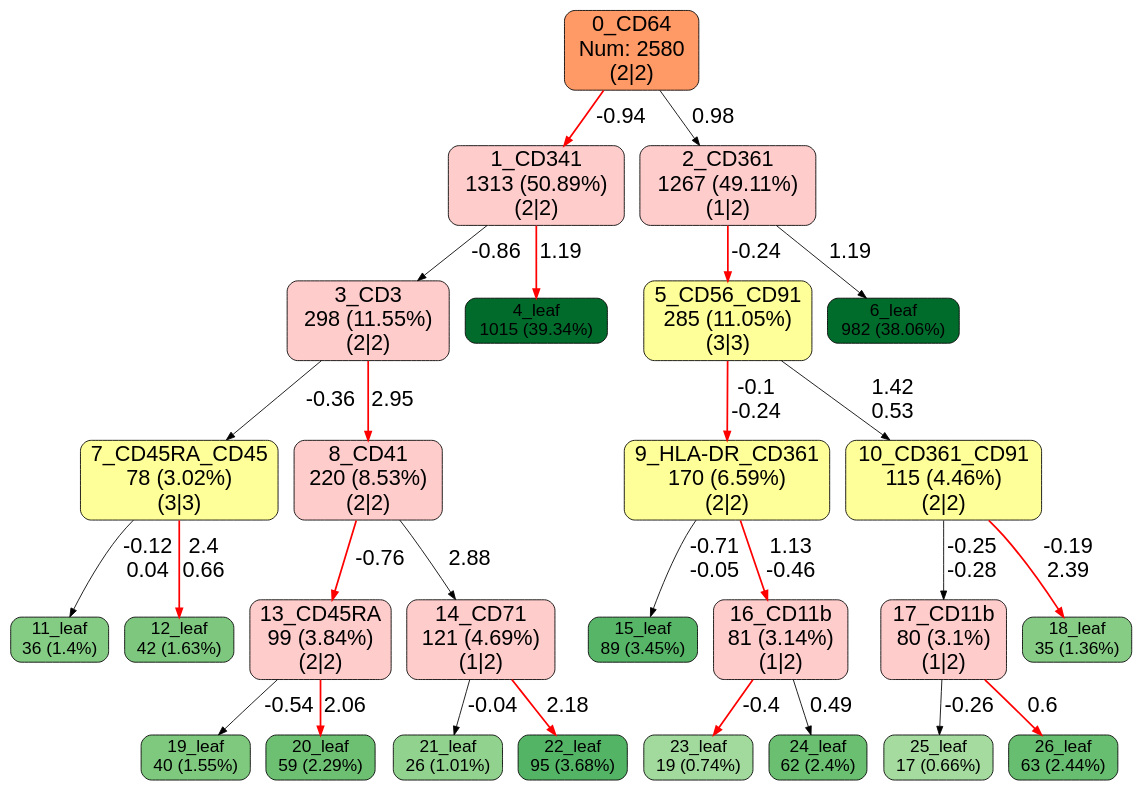
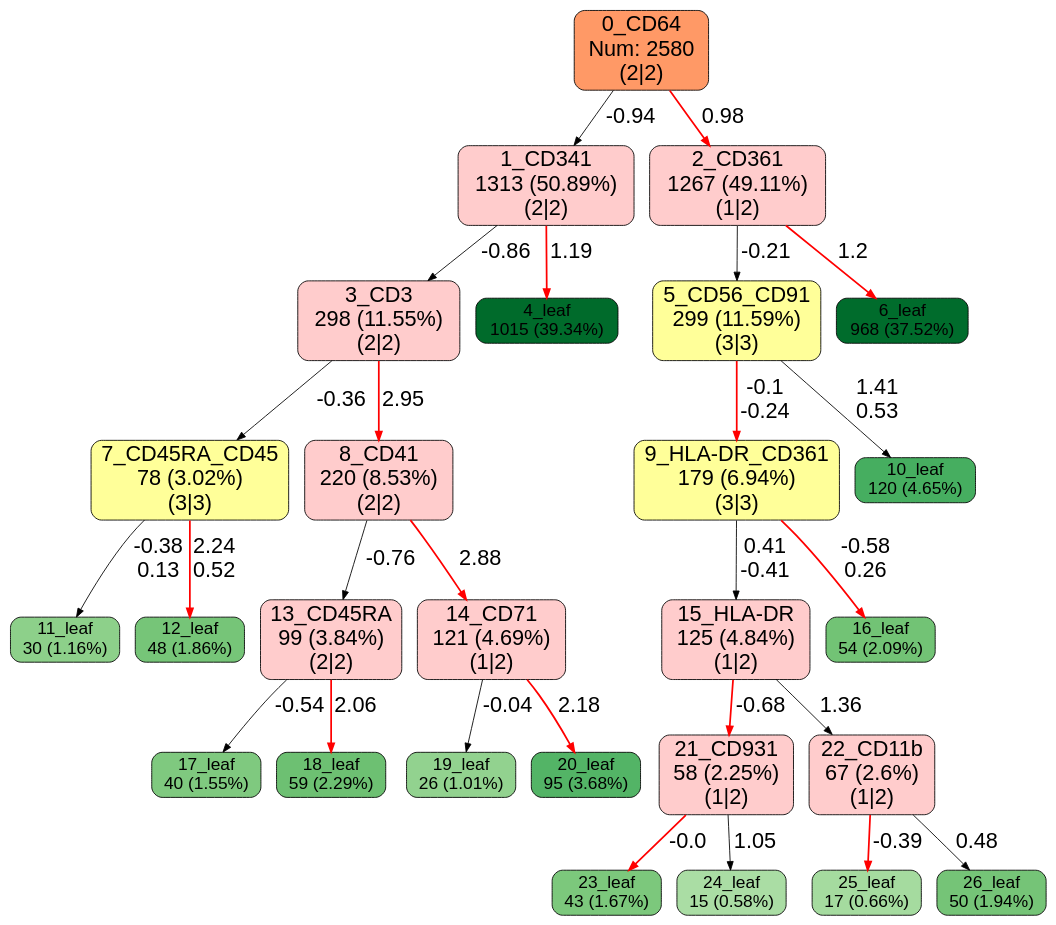
One commit to QiuyuLian/CITE-sort changed the diagram in CITEsort_out/tree.dot. Above: the diagram before and after it, drawn with Graphviz. The commit also changed 5 other files, not shown here.

```diff
--- a/CITEsort_out/tree.dot
+++ b/CITEsort_out/tree.dot
@@ -1,35 +1,33 @@
 digraph Tree {node [shape=box, style="filled, rounded", color="black", fontname=helvetica] ;edge [fontname=helvetica] ;0 [label="0_CD64\nNum: 2580\n(2|2)",fillcolor="#ff9966ff",fontsize=25];1 [label="1_CD341\n1313 (50.89%)\n(2|2)",fillcolor="#ffccccff",fontsize=25];0 -> 1 [labeldistance=3, label = "-0.94
-",fontsize=25, color=red, style=bold];2 [label="2_CD361\n1267 (49.11%)\n(1|2)",fillcolor="#ffccccff",fontsize=25];0 -> 2 [labeldistance=3, label = "0.98
-",fontsize=25, color=black, style=solid];3 [label="3_CD3\n298 (11.55%)\n(2|2)",fillcolor="#ffccccff",fontsize=25];1 -> 3 [labeldistance=3, label = "-0.86
+",fontsize=25, color=black, style=solid];2 [label="2_CD361\n1267 (49.11%)\n(1|2)",fillcolor="#ffccccff",fontsize=25];0 -> 2 [labeldistance=3, label = "0.98
+",fontsize=25, color=red, style=bold];3 [label="3_CD3\n298 (11.55%)\n(2|2)",fillcolor="#ffccccff",fontsize=25];1 -> 3 [labeldistance=3, label = "-0.86
 ",fontsize=25, color=black, style=solid];4 [label="4_leaf\n1015 (39.34%)\n",fillcolor="#006b2b",fontsize=20];1 -> 4 [labeldistance=3, label = "1.19
-",fontsize=25, color=red, style=bold];5 [label="5_CD56_CD91\n285 (11.05%)\n(3|3)",fillcolor="#ffff99ff",fontsize=25];2 -> 5 [labeldistance=3, label = "-0.24
-",fontsize=25, color=red, style=bold];6 [label="6_leaf\n982 (38.06%)\n",fillcolor="#006c2c",fontsize=20];2 -> 6 [labeldistance=3, label = "1.19
-",fontsize=25, color=black, style=solid];7 [label="7_CD45RA_CD45\n78 (3.02%)\n(3|3)",fillcolor="#ffff99ff",fontsize=25];3 -> 7 [labeldistance=3, label = "-0.36
+",fontsize=25, color=red, style=bold];5 [label="5_CD56_CD91\n299 (11.59%)\n(3|3)",fillcolor="#ffff99ff",fontsize=25];2 -> 5 [labeldistance=3, label = "-0.21
+",fontsize=25, color=black, style=solid];6 [label="6_leaf\n968 (37.52%)\n",fillcolor="#006c2c",fontsize=20];2 -> 6 [labeldistance=3, label = "1.2
+",fontsize=25, color=red, style=bold];7 [label="7_CD45RA_CD45\n78 (3.02%)\n(3|3)",fillcolor="#ffff99ff",fontsize=25];3 -> 7 [labeldistance=3, label = "-0.36
 ",fontsize=25, color=black, style=solid];8 [label="8_CD41\n220 (8.53%)\n(2|2)",fillcolor="#ffccccff",fontsize=25];3 -> 8 [labeldistance=3, label = "2.95
-",fontsize=25, color=red, style=bold];9 [label="9_HLA-DR_CD361\n170 (6.59%)\n(2|2)",fillcolor="#ffff99ff",fontsize=25];5 -> 9 [labeldistance=3, label = "-0.1
+",fontsize=25, color=red, style=bold];9 [label="9_HLA-DR_CD361\n179 (6.94%)\n(3|3)",fillcolor="#ffff99ff",fontsize=25];5 -> 9 [labeldistance=3, label = "-0.1
 -0.24
-",fontsize=25, color=red, style=bold];10 [label="10_CD361_CD91\n115 (4.46%)\n(2|2)",fillcolor="#ffff99ff",fontsize=25];5 -> 10 [labeldistance=3, label = "1.42
+",fontsize=25, color=red, style=bold];10 [label="10_leaf\n120 (4.65%)\n",fillcolor="#46ae60",fontsize=20];5 -> 10 [labeldistance=3, label = "1.41
 0.53
-",fontsize=25, color=black, style=solid];11 [label="11_leaf\n36 (1.4%)\n",fillcolor="#84cc83",fontsize=20];7 -> 11 [labeldistance=3, label = "-0.12
-0.04
-",fontsize=25, color=black, style=solid];12 [label="12_leaf\n42 (1.63%)\n",fillcolor="#7dc87e",fontsize=20];7 -> 12 [labeldistance=3, label = "2.4
-0.66
+",fontsize=25, color=black, style=solid];11 [label="11_leaf\n30 (1.16%)\n",fillcolor="#8dd08a",fontsize=20];7 -> 11 [labeldistance=3, label = "-0.38
+0.13
+",fontsize=25, color=black, style=solid];12 [label="12_leaf\n48 (1.86%)\n",fillcolor="#76c578",fontsize=20];7 -> 12 [labeldistance=3, label = "2.24
+0.52
 ",fontsize=25, color=red, style=bold];13 [label="13_CD45RA\n99 (3.84%)\n(2|2)",fillcolor="#ffccccff",fontsize=25];8 -> 13 [labeldistance=3, label = "-0.76
-",fontsize=25, color=red, style=bold];14 [label="14_CD71\n121 (4.69%)\n(1|2)",fillcolor="#ffccccff",fontsize=25];8 -> 14 [labeldistance=3, label = "2.88
-",fontsize=25, color=black, style=solid];15 [label="15_leaf\n89 (3.45%)\n",fillcolor="#56b567",fontsize=20];9 -> 15 [labeldistance=3, label = "-0.71
--0.05
-",fontsize=25, color=black, style=solid];16 [label="16_CD11b\n81 (3.14%)\n(1|2)",fillcolor="#ffccccff",fontsize=25];9 -> 16 [labeldistance=3, label = "1.13
--0.46
-",fontsize=25, color=red, style=bold];17 [label="17_CD11b\n80 (3.1%)\n(1|2)",fillcolor="#ffccccff",fontsize=25];10 -> 17 [labeldistance=3, label = "-0.25
--0.28
-",fontsize=25, color=black, style=solid];18 [label="18_leaf\n35 (1.36%)\n",fillcolor="#86cc85",fontsize=20];10 -> 18 [labeldistance=3, label = "-0.19
-2.39
-",fontsize=25, color=red, style=bold];19 [label="19_leaf\n40 (1.55%)\n",fillcolor="#7fc97f",fontsize=20];13 -> 19 [labeldistance=3, label = "-0.54
-",fontsize=25, color=black, style=solid];20 [label="20_leaf\n59 (2.29%)\n",fillcolor="#6dc072",fontsize=20];13 -> 20 [labeldistance=3, label = "2.06
-",fontsize=25, color=red, style=bold];21 [label="21_leaf\n26 (1.01%)\n",fillcolor="#92d28f",fontsize=20];14 -> 21 [labeldistance=3, label = "-0.04
-",fontsize=25, color=black, style=solid];22 [label="22_leaf\n95 (3.68%)\n",fillcolor="#53b466",fontsize=20];14 -> 22 [labeldistance=3, label = "2.18
-",fontsize=25, color=red, style=bold];23 [label="23_leaf\n19 (0.74%)\n",fillcolor="#a2d99c",fontsize=20];16 -> 23 [labeldistance=3, label = "-0.4
-",fontsize=25, color=red, style=bold];24 [label="24_leaf\n62 (2.4%)\n",fillcolor="#6abf71",fontsize=20];16 -> 24 [labeldistance=3, label = "0.49
-",fontsize=25, color=black, style=solid];25 [label="25_leaf\n17 (0.66%)\n",fillcolor="#a5db9f",fontsize=20];17 -> 25 [labeldistance=3, label = "-0.26
-",fontsize=25, color=black, style=solid];26 [label="26_leaf\n63 (2.44%)\n",fillcolor="#68be70",fontsize=20];17 -> 26 [labeldistance=3, label = "0.6
-",fontsize=25, color=red, style=bold];}
+",fontsize=25, color=black, style=solid];14 [label="14_CD71\n121 (4.69%)\n(1|2)",fillcolor="#ffccccff",fontsize=25];8 -> 14 [labeldistance=3, label = "2.88
+",fontsize=25, color=red, style=bold];15 [label="15_HLA-DR\n125 (4.84%)\n(1|2)",fillcolor="#ffccccff",fontsize=25];9 -> 15 [labeldistance=3, label = "0.41
+-0.41
+",fontsize=25, color=black, style=solid];16 [label="16_leaf\n54 (2.09%)\n",fillcolor="#72c375",fontsize=20];9 -> 16 [labeldistance=3, label = "-0.58
+0.26
+",fontsize=25, color=red, style=bold];17 [label="17_leaf\n40 (1.55%)\n",fillcolor="#7fc97f",fontsize=20];13 -> 17 [labeldistance=3, label = "-0.54
+",fontsize=25, color=black, style=solid];18 [label="18_leaf\n59 (2.29%)\n",fillcolor="#6dc072",fontsize=20];13 -> 18 [labeldistance=3, label = "2.06
+",fontsize=25, color=red, style=bold];19 [label="19_leaf\n26 (1.01%)\n",fillcolor="#92d28f",fontsize=20];14 -> 19 [labeldistance=3, label = "-0.04
+",fontsize=25, color=black, style=solid];20 [label="20_leaf\n95 (3.68%)\n",fillcolor="#53b466",fontsize=20];14 -> 20 [labeldistance=3, label = "2.18
+",fontsize=25, color=red, style=bold];21 [label="21_CD931\n58 (2.25%)\n(1|2)",fillcolor="#ffccccff",fontsize=25];15 -> 21 [labeldistance=3, label = "-0.68
+",fontsize=25, color=red, style=bold];22 [label="22_CD11b\n67 (2.6%)\n(1|2)",fillcolor="#ffccccff",fontsize=25];15 -> 22 [labeldistance=3, label = "1.36
+",fontsize=25, color=black, style=solid];23 [label="23_leaf\n43 (1.67%)\n",fillcolor="#7cc87c",fontsize=20];21 -> 23 [labeldistance=3, label = "-0.0
+",fontsize=25, color=red, style=bold];24 [label="24_leaf\n15 (0.58%)\n",fillcolor="#aadda4",fontsize=20];21 -> 24 [labeldistance=3, label = "1.05
+",fontsize=25, color=black, style=solid];25 [label="25_leaf\n17 (0.66%)\n",fillcolor="#a5db9f",fontsize=20];22 -> 25 [labeldistance=3, label = "-0.39
+",fontsize=25, color=red, style=bold];26 [label="26_leaf\n50 (1.94%)\n",fillcolor="#75c477",fontsize=20];22 -> 26 [labeldistance=3, label = "0.48
+",fontsize=25, color=black, style=solid];}
```
